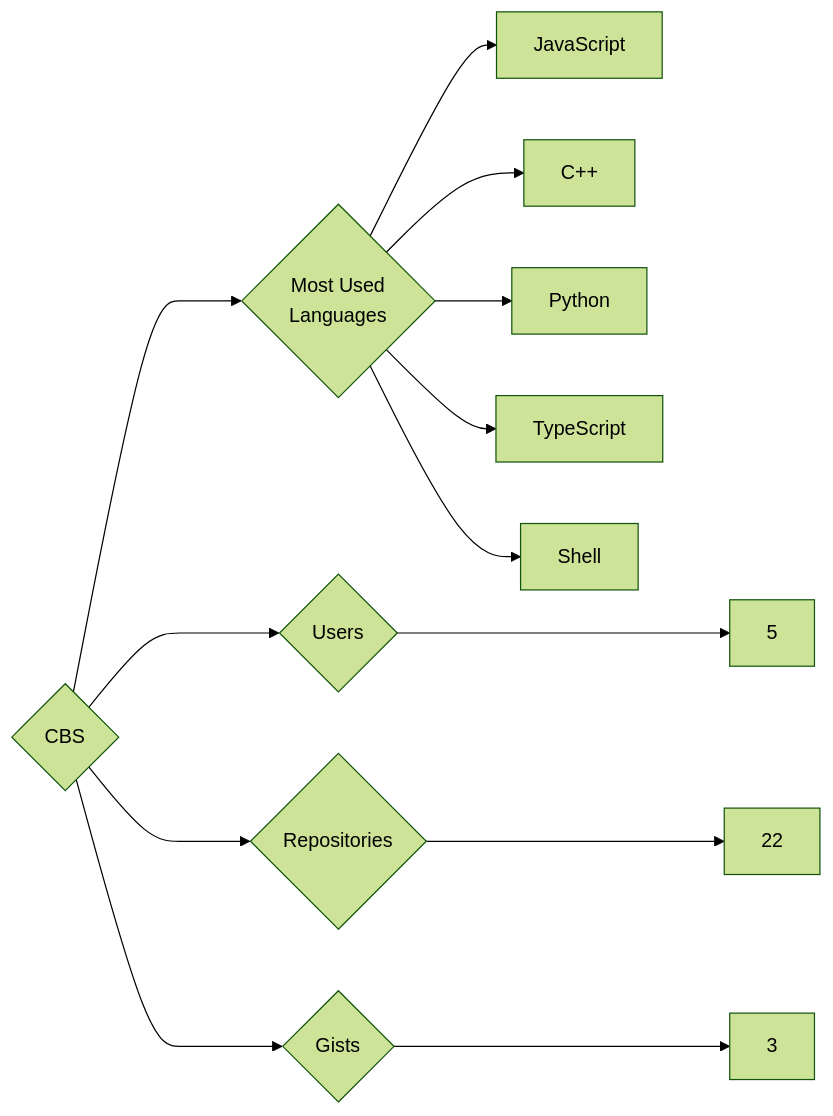
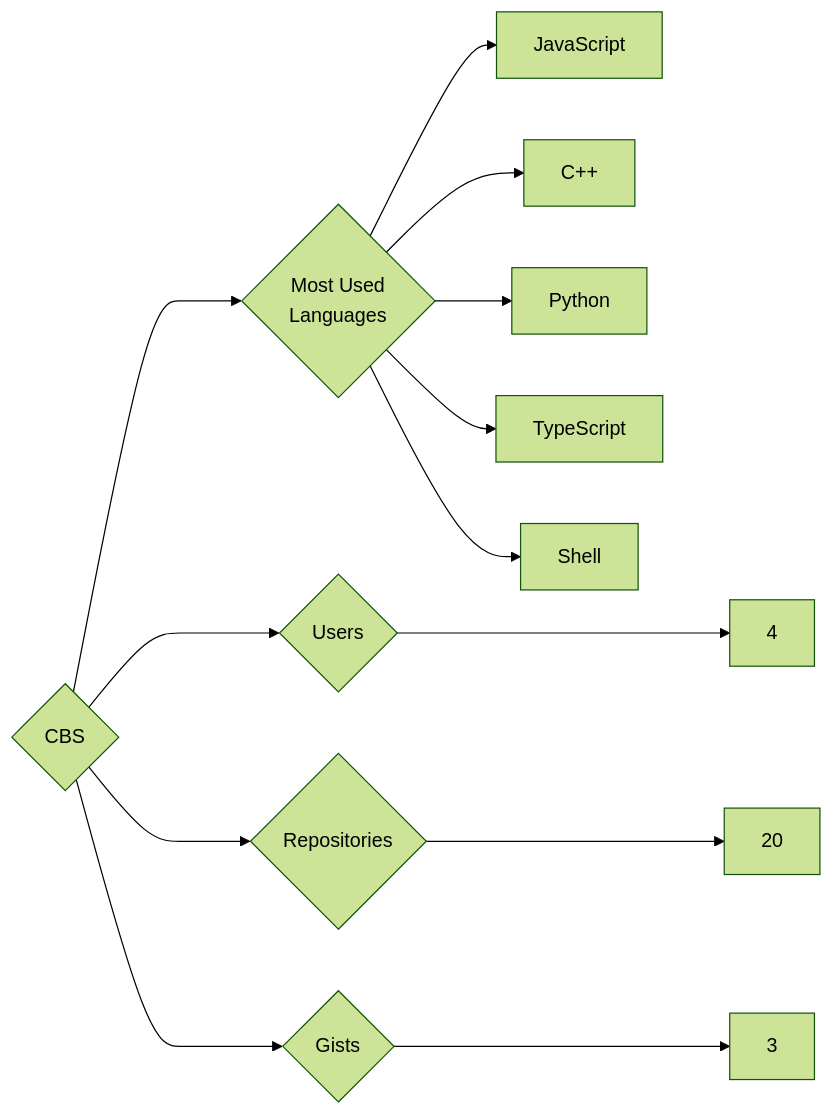
The diagram in targets/CBS/README.md (trickest/insiders), drawn with Mermaid (forest theme) before and after one commit. The commit also changed 1055 other files, not shown here.

````diff
--- a/targets/CBS/README.md
+++ b/targets/CBS/README.md
@@ -3,13 +3,13 @@
 ```mermaid
 graph LR
 COMPANY_NAME{CBS}
-COMPANY_NAME ---> U{Users} ---> UN[5]
-COMPANY_NAME ---> R{Repositories} ---> RN[22]
+COMPANY_NAME ---> U{Users} ---> UN[4]
+COMPANY_NAME ---> R{Repositories} ---> RN[20]
 COMPANY_NAME ---> G{Gists} ---> GN[3]
 COMPANY_NAME ---> ML{Most Used<br>Languages}
 ML --> JavaScript[JavaScript]
 ML --> C++[C++]
 ML --> Python[Python]
 ML --> TypeScript[TypeScript]
 ML --> Shell[Shell]
 ```
````
